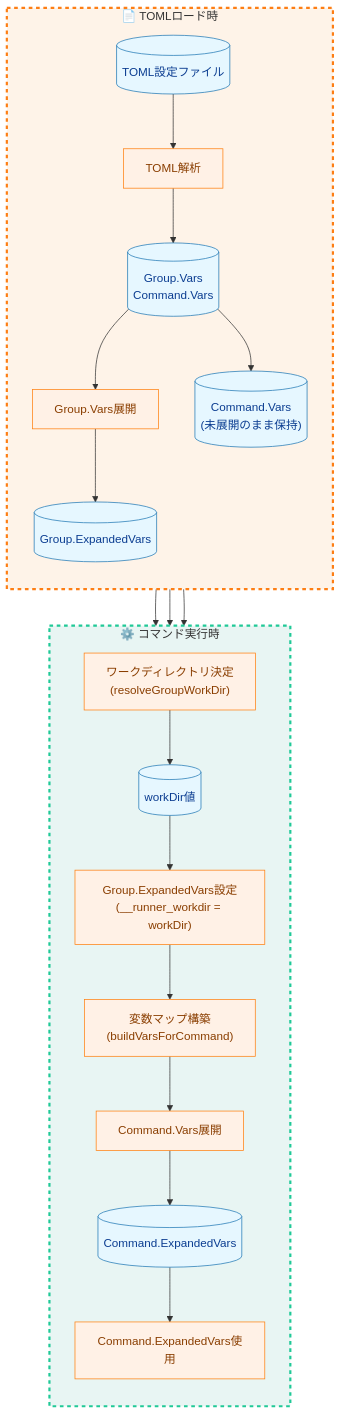
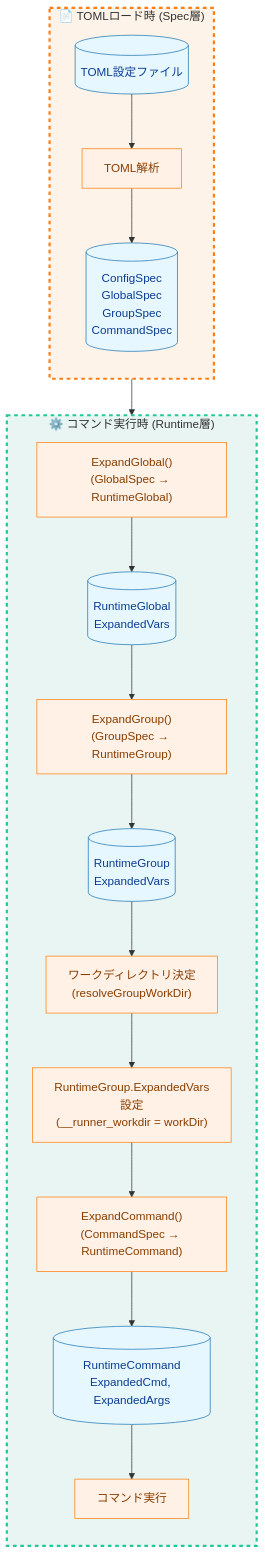
The fifth of 11 diagrams in docs/tasks/0034_workdir_redesign/02_architecture.md (isseis/go-safe-cmd-runner), drawn with Mermaid before and after one commit. The commit also changed other lines of this file and 2 other files, not shown here.

````diff
--- a/docs/tasks/0034_workdir_redesign/02_architecture.md
+++ b/docs/tasks/0034_workdir_redesign/02_architecture.md
@@ -317,52 +282,51 @@
 ```mermaid
 flowchart TD
     classDef data fill:#e6f7ff,stroke:#1f77b4,stroke-width:1px,color:#0b3d91;
     classDef process fill:#fff1e6,stroke:#ff7f0e,stroke-width:1px,color:#8a3e00;
     classDef validation fill:#e8f5e8,stroke:#2e8b57,stroke-width:2px,color:#006400;
-    classDef error fill:#ffe8e8,stroke:#dc3545,stroke-width:2px,color:#721c24;
     classDef loadPhase fill:#fef3e8,stroke:#fd7e14,stroke-width:3px,stroke-dasharray: 5 5;
     classDef execPhase fill:#e8f5f3,stroke:#20c997,stroke-width:3px,stroke-dasharray: 5 5;
 
-    subgraph LoadPhase["📄 TOMLロード時"]
+    subgraph LoadPhase["📄 TOMLロード時 (Spec層)"]
         direction TB
         TOMLFile[("TOML設定ファイル")]
         ParseTOML["TOML解析"]
-        RawVars[("Group.Vars<br/>Command.Vars")]
-        ExpandGroupVars["Group.Vars展開"]
-        GroupExpandedVars[("Group.ExpandedVars")]
-        CmdVars[("Command.Vars<br/>(未展開のまま保持)")]
+        ConfigSpec[("ConfigSpec<br/>GlobalSpec<br/>GroupSpec<br/>CommandSpec")]
 
         TOMLFile --> ParseTOML
-        ParseTOML --> RawVars
-        RawVars --> ExpandGroupVars
-        ExpandGroupVars --> GroupExpandedVars
-        RawVars --> CmdVars
+        ParseTOML --> ConfigSpec
     end
 
-    subgraph ExecPhase["⚙️ コマンド実行時"]
+    subgraph ExecPhase["⚙️ コマンド実行時 (Runtime層)"]
         direction TB
+        ExpandGlobal["ExpandGlobal()<br/>(GlobalSpec → RuntimeGlobal)"]
+        RuntimeGlobal[("RuntimeGlobal<br/>ExpandedVars")]
+
+        ExpandGroup["ExpandGroup()<br/>(GroupSpec → RuntimeGroup)"]
+        RuntimeGroup[("RuntimeGroup<br/>ExpandedVars")]
+
         ResolveWorkDir["ワークディレクトリ決定<br/>(resolveGroupWorkDir)"]
-        WorkDirValue[("workDir値")]
-        SetToGroup["Group.ExpandedVars設定<br/>(__runner_workdir = workDir)"]
-        BuildVarsMap["変数マップ構築<br/>(buildVarsForCommand)"]
-        ExpandCmdVars["Command.Vars展開"]
-        CmdExpandedVars[("Command.ExpandedVars")]
-        UseExpandedVars["Command.ExpandedVars使用"]
+        SetWorkDir["RuntimeGroup.ExpandedVars設定<br/>(__runner_workdir = workDir)"]
 
-        ResolveWorkDir --> WorkDirValue
-        WorkDirValue --> SetToGroup
-        SetToGroup --> BuildVarsMap
-        BuildVarsMap --> ExpandCmdVars
-        ExpandCmdVars --> CmdExpandedVars
-        CmdExpandedVars --> UseExpandedVars
+        ExpandCommand["ExpandCommand()<br/>(CommandSpec → RuntimeCommand)"]
+        RuntimeCommand[("RuntimeCommand<br/>ExpandedCmd, ExpandedArgs")]
+
+        Execute["コマンド実行"]
+
+        ExpandGlobal --> RuntimeGlobal
+        RuntimeGlobal --> ExpandGroup
+        ExpandGroup --> RuntimeGroup
+        RuntimeGroup --> ResolveWorkDir
+        ResolveWorkDir --> SetWorkDir
+        SetWorkDir --> ExpandCommand
+        ExpandCommand --> RuntimeCommand
+        RuntimeCommand --> Execute
     end
 
-    GroupExpandedVars --> ResolveWorkDir
-    GroupExpandedVars --> BuildVarsMap
-    CmdVars --> BuildVarsMap
+    ConfigSpec --> ExpandGlobal
 
-    class TOMLFile,RawVars,GroupExpandedVars,CmdVars,WorkDirValue,CmdExpandedVars data;
-    class ParseTOML,ExpandGroupVars,ResolveWorkDir,SetToGroup,BuildVarsMap,ExpandCmdVars,UseExpandedVars process;
+    class TOMLFile,ConfigSpec,RuntimeGlobal,RuntimeGroup,RuntimeCommand data;
+    class ParseTOML,ExpandGlobal,ExpandGroup,ResolveWorkDir,SetWorkDir,ExpandCommand,Execute process;
     class LoadPhase loadPhase;
     class ExecPhase execPhase;
 ```
````
